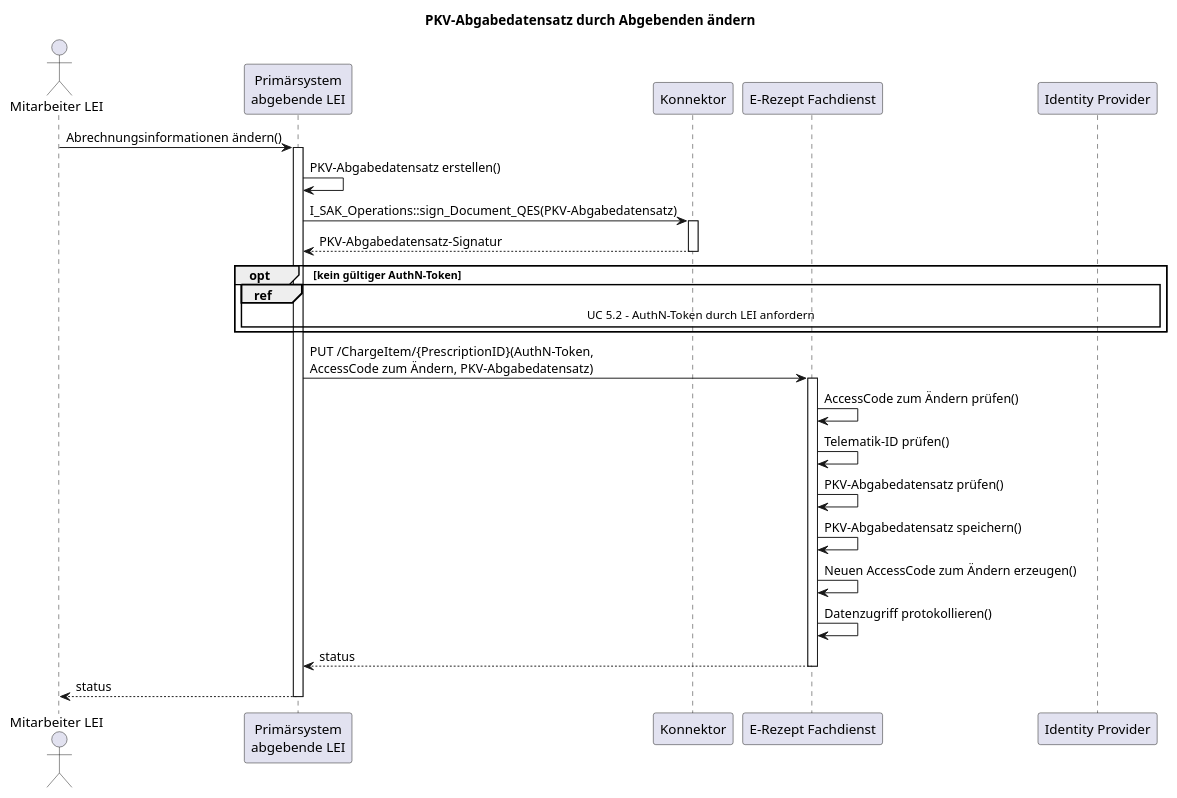
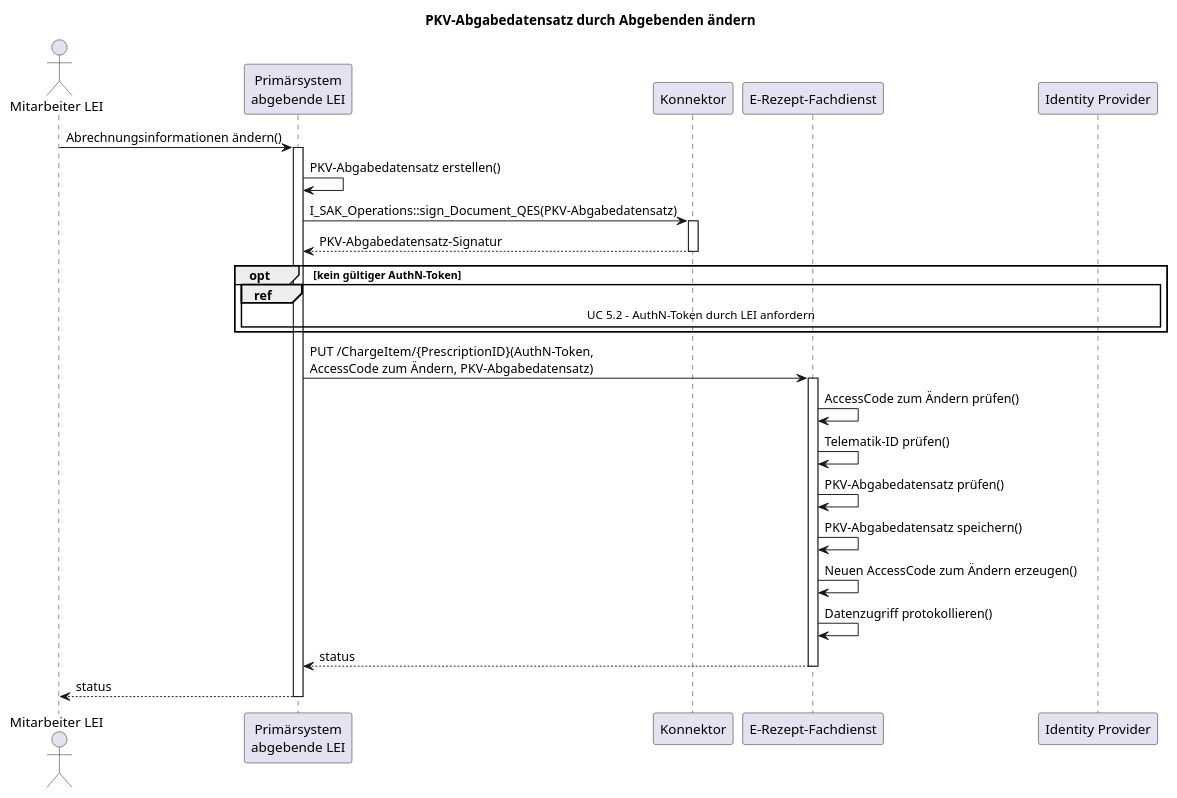
Before and after one commit to gematik/fhir-igs-workflow: the diagram in igs/erp-chrg/input/images-source/seq-abrechnungsinformation-aendern.plantuml, drawn with PlantUML. The commit also changed 7 other files, not shown here.

Commit message:
seq diagramme

```diff
--- a/igs/erp-chrg/input/images-source/seq-abrechnungsinformation-aendern.plantuml
+++ b/igs/erp-chrg/input/images-source/seq-abrechnungsinformation-aendern.plantuml
@@ -1,40 +1,40 @@
 @startuml
 title PKV-Abgabedatensatz durch Abgebenden ändern
 
 actor "Mitarbeiter LEI" as MA
 participant "Primärsystem\nabgebende LEI" as PS
 participant "Konnektor" as K
-participant "E-Rezept Fachdienst" as FD
+participant "E-Rezept-Fachdienst" as FD
 participant "Identity Provider" as IDP
 
 MA -> PS: Abrechnungsinformationen ändern()
 activate PS
 
 PS -> PS: PKV-Abgabedatensatz erstellen()
 
 PS -> K: I_SAK_Operations::sign_Document_QES(PKV-Abgabedatensatz)
 activate K
 K --> PS: PKV-Abgabedatensatz-Signatur
 deactivate K
 
 opt kein gültiger AuthN-Token
   ref over PS, IDP: UC 5.2 - AuthN-Token durch LEI anfordern
 end
 
 PS -> FD: PUT /ChargeItem/{PrescriptionID}(AuthN-Token,\nAccessCode zum Ändern, PKV-Abgabedatensatz)
 activate FD
 
 FD -> FD: AccessCode zum Ändern prüfen()
 FD -> FD: Telematik-ID prüfen()
 FD -> FD: PKV-Abgabedatensatz prüfen()
 FD -> FD: PKV-Abgabedatensatz speichern()
 FD -> FD: Neuen AccessCode zum Ändern erzeugen()
 FD -> FD: Datenzugriff protokollieren()
 
 FD --> PS: status
 deactivate FD
 
 PS --> MA: status
 deactivate PS
 
 @enduml
```
